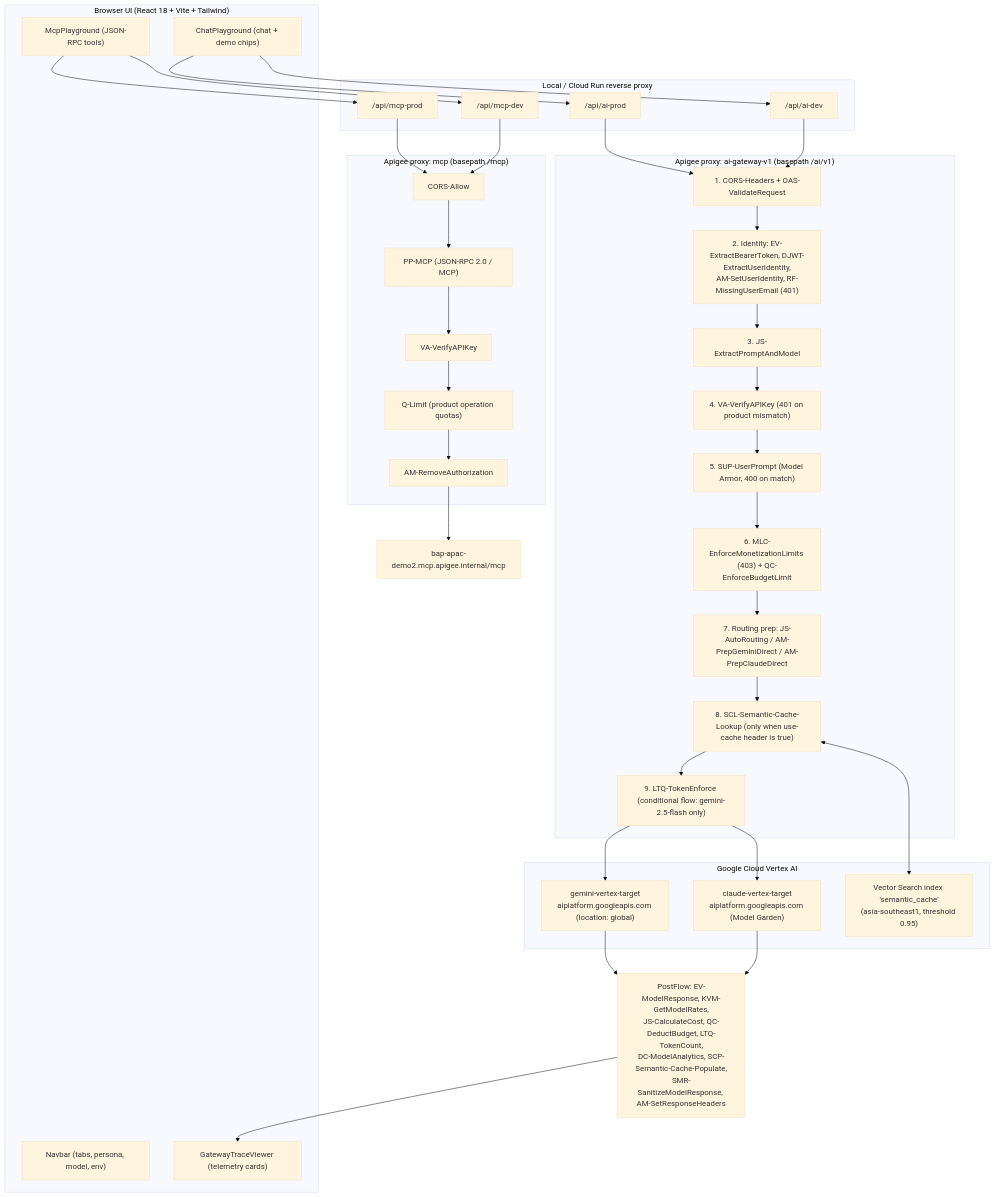
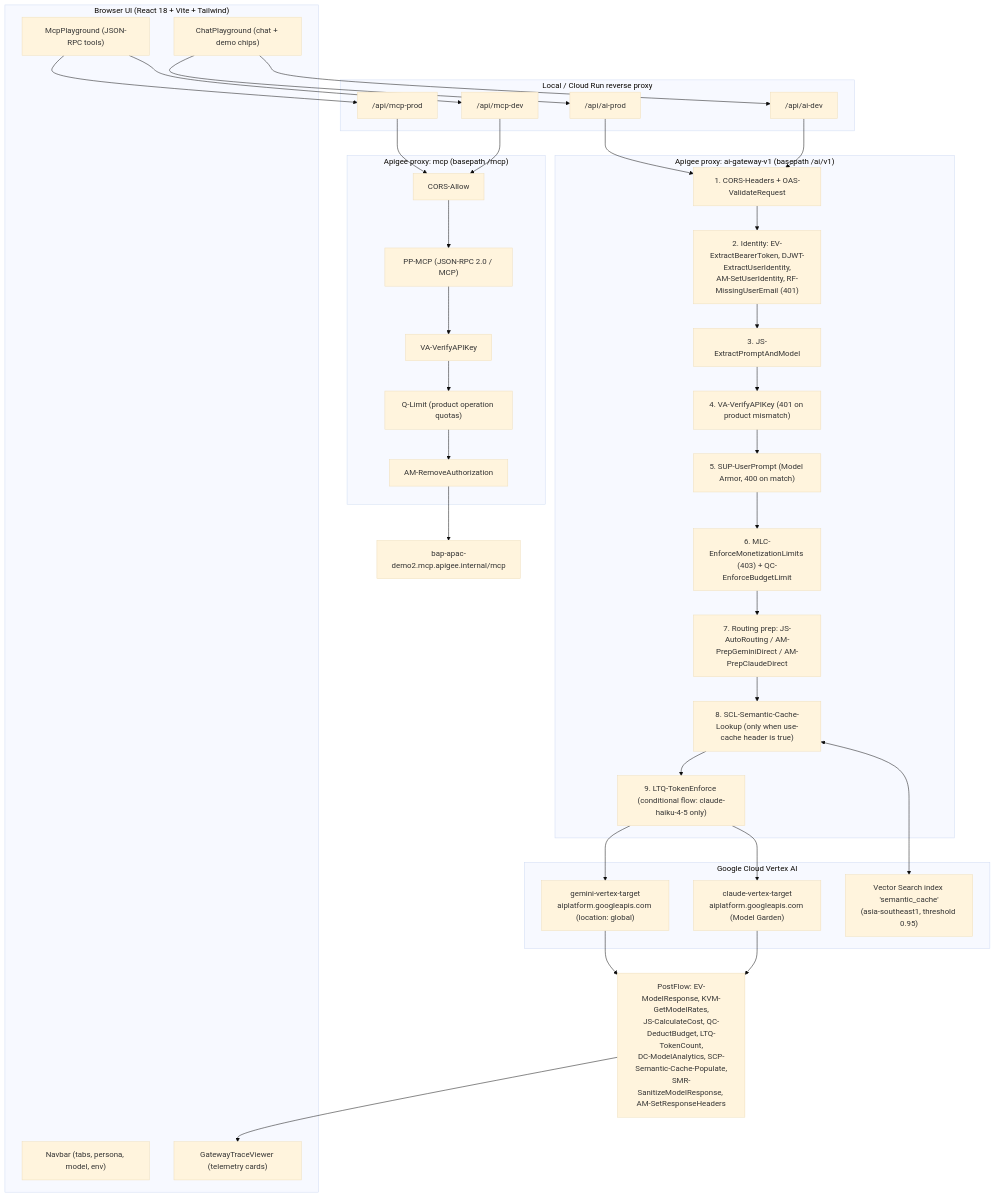
Before and after one commit to yem0428/apigee-ai-gateway-demo: the first of 3 diagrams in docs/apigee_ai_gateway_demo_design.md, drawn with Mermaid (base theme). The commit also changed other lines of this file and 14 other files, not shown here.

First line of the commit message:
Move the token-quota demo to Claude, and fix the bug that move exposed

````diff
--- a/docs/apigee_ai_gateway_demo_design.md
+++ b/docs/apigee_ai_gateway_demo_design.md
@@ -56,58 +56,58 @@
 ```mermaid
 flowchart TB
     subgraph Client["Browser UI (React 18 + Vite + Tailwind)"]
         Nav["Navbar (tabs, persona, model, env)"]
         Chat["ChatPlayground (chat + demo chips)"]
         Trace["GatewayTraceViewer (telemetry cards)"]
         Mcp["McpPlayground (JSON-RPC tools)"]
     end
 
     subgraph Proxy["Local / Cloud Run reverse proxy"]
         AiProd["/api/ai-prod"]
         AiDev["/api/ai-dev"]
         McpProd["/api/mcp-prod"]
         McpDev["/api/mcp-dev"]
     end
 
     subgraph Gateway["Apigee proxy: ai-gateway-v1 (basepath /ai/v1)"]
         P1["1. CORS-Headers + OAS-ValidateRequest"]
         P2["2. Identity: EV-ExtractBearerToken, DJWT-ExtractUserIdentity,<br/>AM-SetUserIdentity, RF-MissingUserEmail (401)"]
         P3["3. JS-ExtractPromptAndModel"]
         P4["4. VA-VerifyAPIKey (401 on product mismatch)"]
         P5["5. SUP-UserPrompt (Model Armor, 400 on match)"]
         P6["6. MLC-EnforceMonetizationLimits (403) + QC-EnforceBudgetLimit"]
         P7["7. Routing prep: JS-AutoRouting / AM-PrepGeminiDirect / AM-PrepClaudeDirect"]
         P8["8. SCL-Semantic-Cache-Lookup (only when use-cache header is true)"]
-        P9["9. LTQ-TokenEnforce (conditional flow: gemini-2.5-flash only)"]
+        P9["9. LTQ-TokenEnforce (conditional flow: claude-haiku-4-5 only)"]
     end
 
     subgraph Vertex["Google Cloud Vertex AI"]
         Gem["gemini-vertex-target<br/>aiplatform.googleapis.com (location: global)"]
         Cla["claude-vertex-target<br/>aiplatform.googleapis.com (Model Garden)"]
         VecDB["Vector Search index 'semantic_cache'<br/>(asia-southeast1, threshold 0.95)"]
     end
 
     subgraph McpGw["Apigee proxy: mcp (basepath /mcp)"]
         M1["CORS-Allow"]
         M2["PP-MCP (JSON-RPC 2.0 / MCP)"]
         M3["VA-VerifyAPIKey"]
         M4["Q-Limit (product operation quotas)"]
         M5["AM-RemoveAuthorization"]
     end
 
     Chat --> AiProd --> P1
     Chat --> AiDev --> P1
     P1 --> P2 --> P3 --> P4 --> P5 --> P6 --> P7 --> P8 --> P9
     P9 --> Gem
     P9 --> Cla
     P8 <--> VecDB
 
     Mcp --> McpProd --> M1
     Mcp --> McpDev --> M1
     M1 --> M2 --> M3 --> M4 --> M5
     M5 --> McpUp["bap-apac-demo2.mcp.apigee.internal/mcp"]
 
     Gem --> Resp["PostFlow: EV-ModelResponse, KVM-GetModelRates,<br/>JS-CalculateCost, QC-DeductBudget, LTQ-TokenCount,<br/>DC-ModelAnalytics, SCP-Semantic-Cache-Populate,<br/>SMR-SanitizeModelResponse, AM-SetResponseHeaders"]
     Cla --> Resp
     Resp --> Trace
 ```
````
